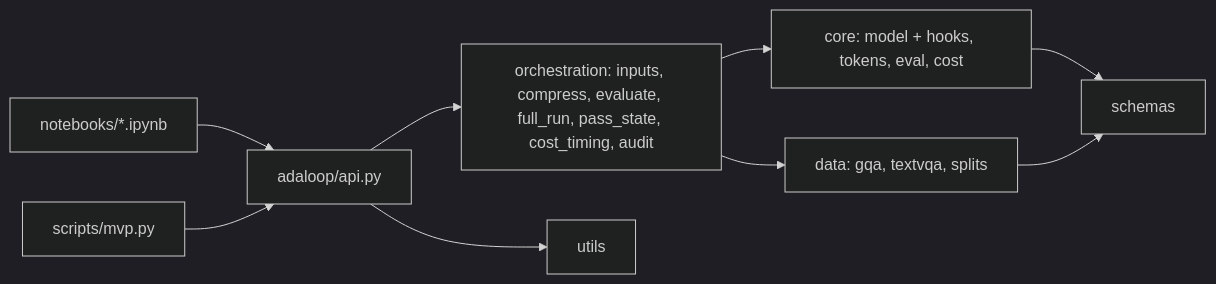
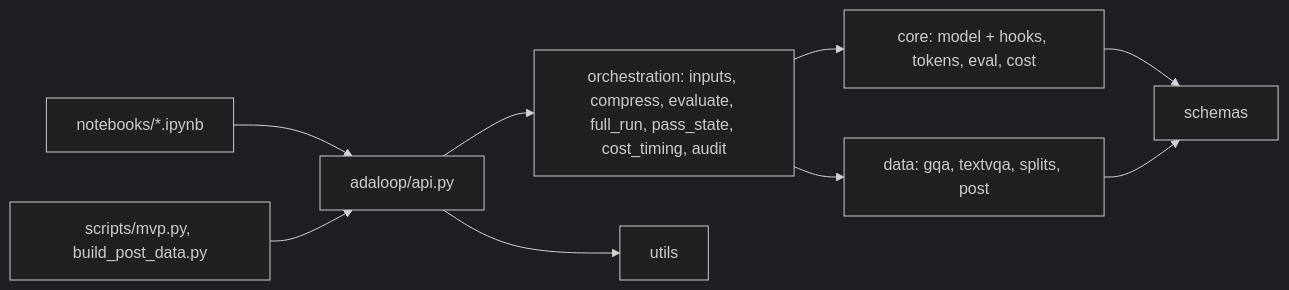
Before and after one commit to Vedaang-Chopra/CEREBRUS: the diagram in docs/ai_context/CODEBASE_MAP.md, drawn with Mermaid (dark theme). The commit also changed other lines of this file and 16 other files, not shown here.

Commit message:
agent: post-training candidate store from FineVision (CPU data build, eval-image dedupe)

````diff
--- a/docs/ai_context/CODEBASE_MAP.md
+++ b/docs/ai_context/CODEBASE_MAP.md
@@ -62,11 +63,11 @@
 ```mermaid
 graph LR
   NB[notebooks/*.ipynb] --> API[adaloop/api.py]
-  CLI[scripts/mvp.py] --> API
+  CLI[scripts/mvp.py, build_post_data.py] --> API
   API --> ORCH[orchestration: inputs, compress, evaluate, full_run, pass_state, cost_timing, audit]
   ORCH --> CORE[core: model + hooks, tokens, eval, cost]
-  ORCH --> DATA[data: gqa, textvqa, splits]
+  ORCH --> DATA[data: gqa, textvqa, splits, post]
   CORE --> SCHEMAS[schemas]
   DATA --> SCHEMAS
   API --> UTILS[utils]
 ```
````
